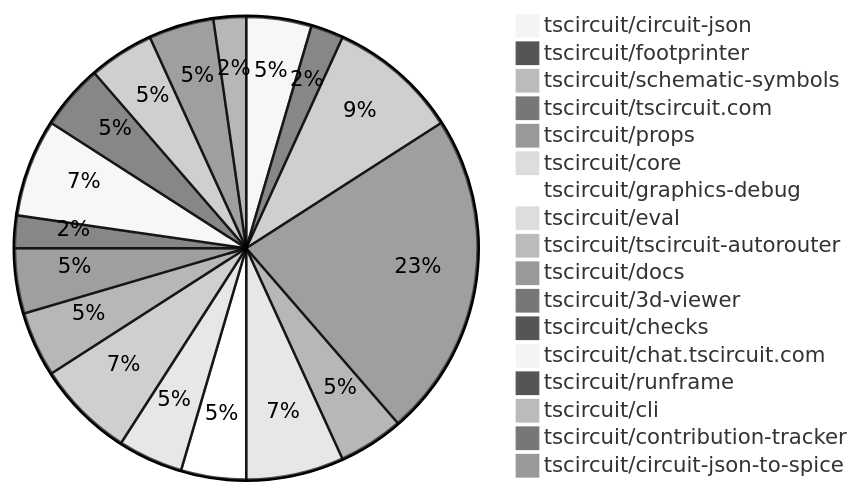
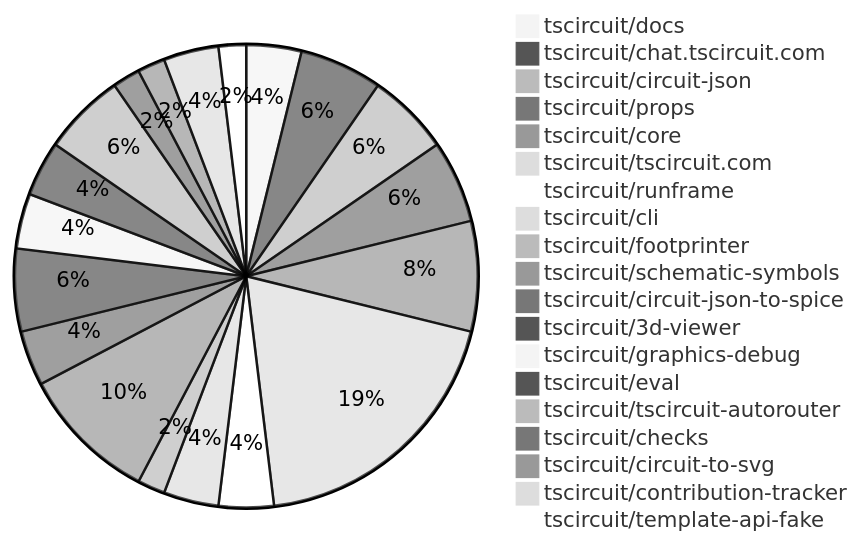
One commit to tscircuit/contribution-tracker changed the diagram in README.md. Above: the diagram before and after it, drawn with Mermaid (neutral theme). The commit also changed other lines of this file and 3 other files, not shown here.

````diff
--- a/README.md
+++ b/README.md
@@ -24,20 +24,22 @@
 ```mermaid
 pie
-    "tscircuit/circuit-json" : 2
+    "tscircuit/docs" : 2
+    "tscircuit/chat.tscircuit.com" : 3
+    "tscircuit/circuit-json" : 3
+    "tscircuit/props" : 3
+    "tscircuit/core" : 4
+    "tscircuit/tscircuit.com" : 10
+    "tscircuit/runframe" : 2
+    "tscircuit/cli" : 2
     "tscircuit/footprinter" : 1
-    "tscircuit/schematic-symbols" : 4
-    "tscircuit/tscircuit.com" : 10
-    "tscircuit/props" : 2
-    "tscircuit/core" : 3
+    "tscircuit/schematic-symbols" : 5
+    "tscircuit/circuit-json-to-spice" : 2
+    "tscircuit/3d-viewer" : 3
     "tscircuit/graphics-debug" : 2
     "tscircuit/eval" : 2
     "tscircuit/tscircuit-autorouter" : 3
-    "tscircuit/docs" : 2
-    "tscircuit/3d-viewer" : 2
     "tscircuit/checks" : 1
-    "tscircuit/chat.tscircuit.com" : 3
-    "tscircuit/runframe" : 2
-    "tscircuit/cli" : 2
+    "tscircuit/circuit-to-svg" : 1
     "tscircuit/contribution-tracker" : 2
-    "tscircuit/circuit-json-to-spice" : 1
+    "tscircuit/template-api-fake" : 1
 ```
````
